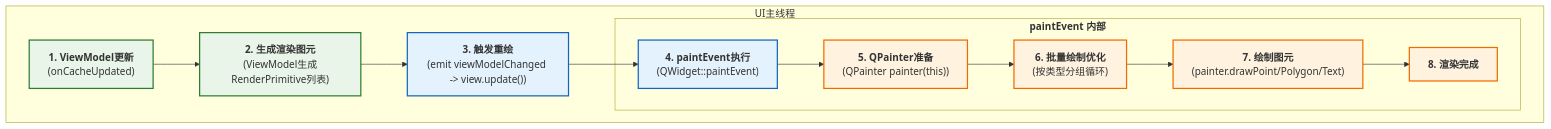
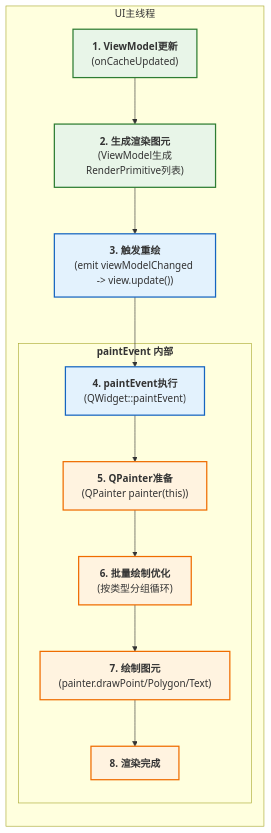
Before and after one commit to wendizhou99-cell/Radar: the sixth of 8 diagrams in docs/01_项目设计/02_模块设计/09_显控终端应用设计.md, drawn with Mermaid. The commit also changed other lines of this file and 8 other files, not shown here.

````diff
--- a/docs/01_项目设计/02_模块设计/09_显控终端应用设计.md
+++ b/docs/01_项目设计/02_模块设计/09_显控终端应用设计.md
@@ -368,23 +390,23 @@
 ```mermaid
-flowchart TB
+flowchart LR
     subgraph "UI主线程"
         A["<b>1. ViewModel更新</b><br/>(onCacheUpdated)"] --> B["<b>2. 生成渲染图元</b><br/>(ViewModel生成RenderPrimitive列表)"]
         B --> C["<b>3. 触发重绘</b><br/>(emit viewModelChanged -> view.update())"]
         C --> D["<b>4. paintEvent执行</b><br/>(QWidget::paintEvent)"]
 
         subgraph "<b>paintEvent 内部</b>"
             D --> E["<b>5. QPainter准备</b><br/>(QPainter painter(this))"]
             E --> F["<b>6. 批量绘制优化</b><br/>(按类型分组循环)"]
             F --> G["<b>7. 绘制图元</b><br/>(painter.drawPoint/Polygon/Text)"]
             G --> H["<b>8. 渲染完成</b>"]
         end
     end
 
     classDef vm fill:#e8f5e8,stroke:#2e7d32,stroke-width:2px
     classDef view fill:#e3f2fd,stroke:#1565c0,stroke-width:2px
     classDef painter fill:#fff3e0,stroke:#ef6c00,stroke-width:2px
 
     class A,B vm
     class C,D view
     class E,F,G,H painter
 ```
````
